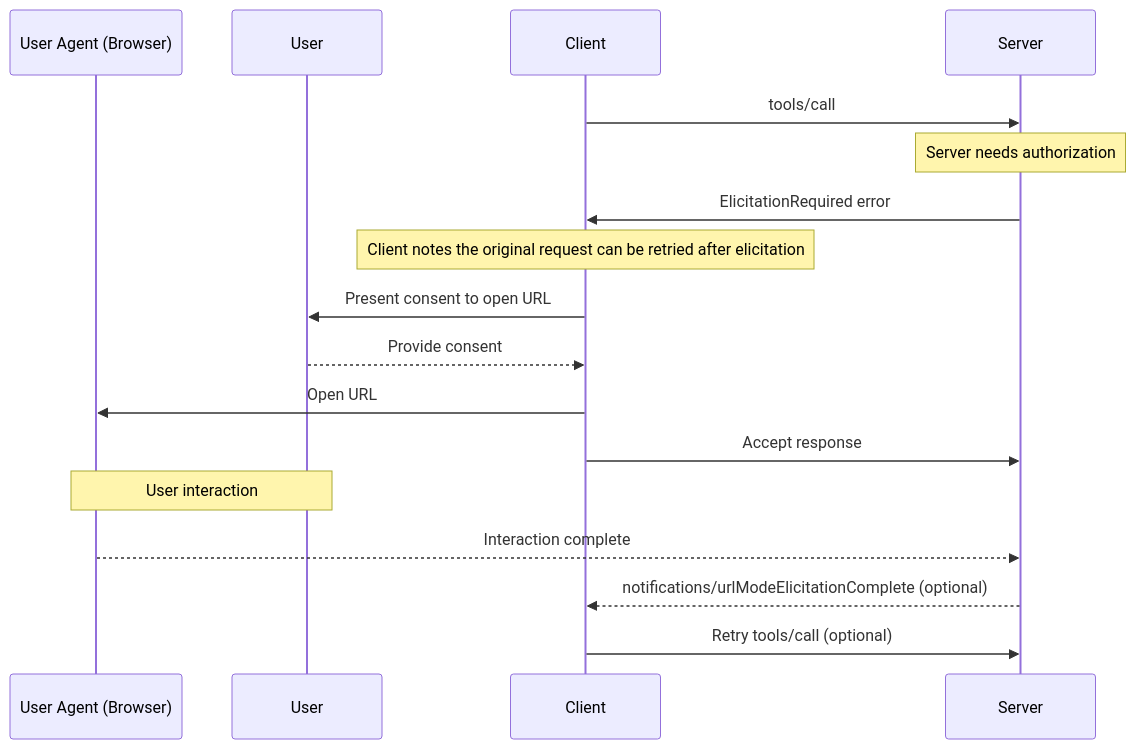
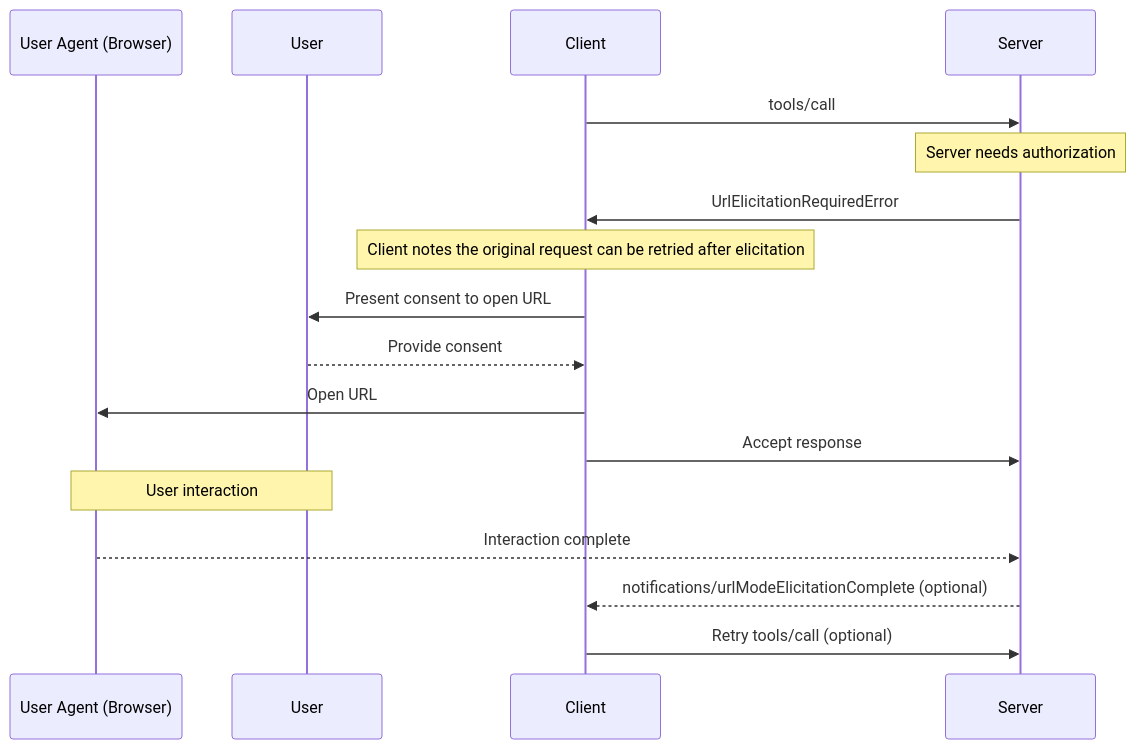
Before and after one commit to modelcontextprotocol/modelcontextprotocol: the third of 4 diagrams in docs/specification/draft/client/elicitation.mdx, drawn with Mermaid. The commit also changed other lines of this file and 3 other files, not shown here.

Commit message:
Use error code -32042, rename error to UrlElicitationRequiredError

````diff
--- a/docs/specification/draft/client/elicitation.mdx
+++ b/docs/specification/draft/client/elicitation.mdx
@@ -438,26 +438,26 @@
 ```mermaid
 sequenceDiagram
     participant UserAgent as User Agent (Browser)
     participant User
     participant Client
     participant Server
 
     Client->>Server: tools/call
 
     Note over Server: Server needs authorization
-    Server->>Client: ElicitationRequired error
+    Server->>Client: UrlElicitationRequiredError
     Note over Client: Client notes the original request can be retried after elicitation
 
     Client->>User: Present consent to open URL
     User-->>Client: Provide consent
 
     Client->>UserAgent: Open URL
     Client->>Server: Accept response
 
     Note over User,UserAgent: User interaction
 
     UserAgent-->>Server: Interaction complete
     Server-->>Client: notifications/urlModeElicitationComplete (optional)
 
     Client->>Server: Retry tools/call (optional)
 ```
````
